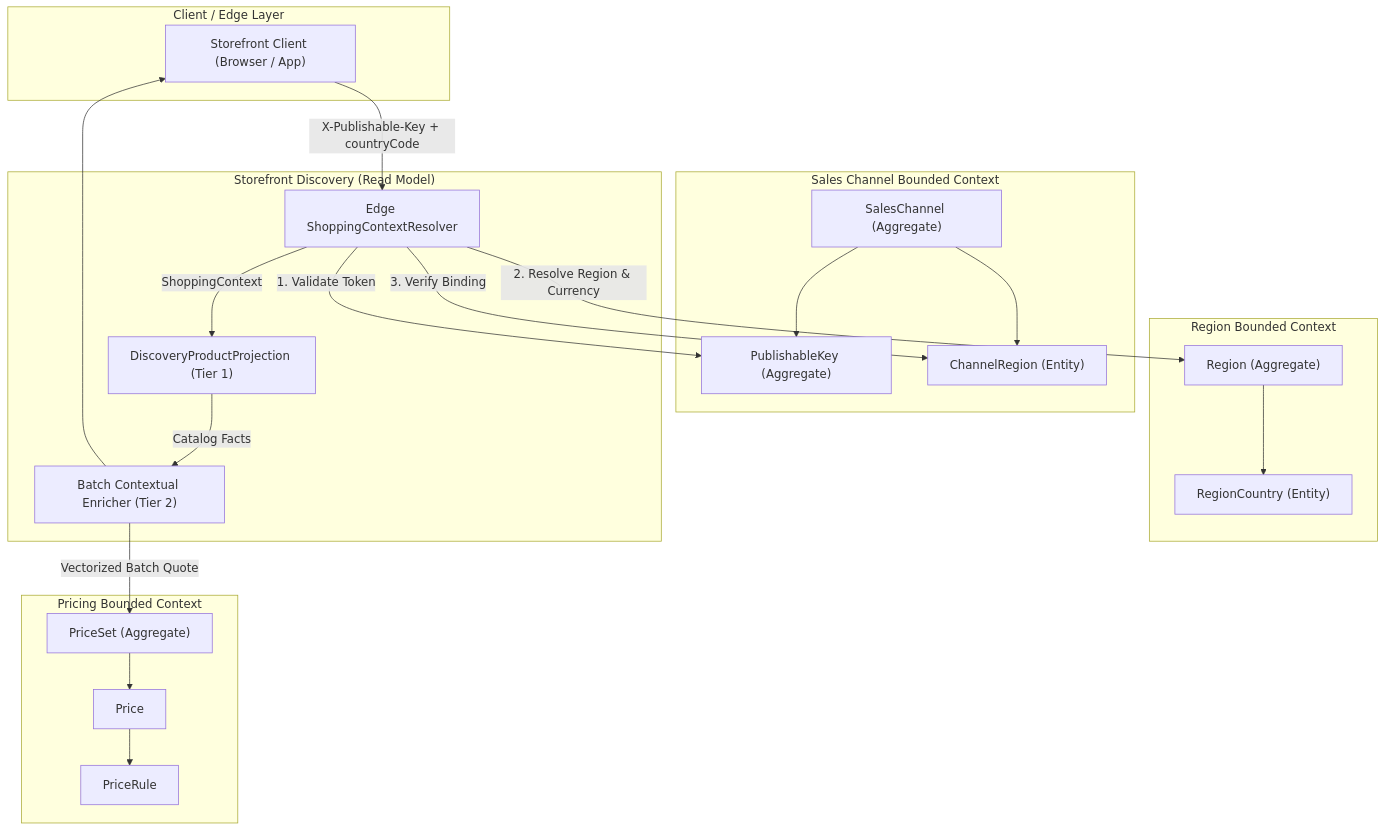
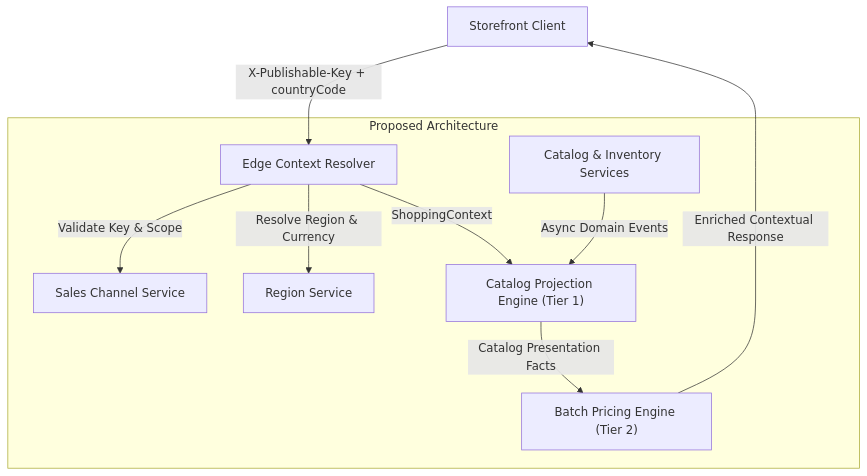
One commit to khinemyaezin/grab changed the second of 3 diagrams in docs/system-design/001-multi_regional_contextual_discovery_system_design.md. Above: the diagram before and after it, drawn with Mermaid. The commit also changed other lines of this file and 22 other files, not shown here.

Commit message:
feat: implement vectorized batch pricing engine for multi-regional support

````diff
--- a/docs/system-design/001-multi_regional_contextual_discovery_system_design.md
+++ b/docs/system-design/001-multi_regional_contextual_discovery_system_design.md
@@ -24,43 +49,14 @@
 ```mermaid
 flowchart TD
-    subgraph ClientLayer ["Client / Edge Layer"]
-        Client["Storefront Client (Browser / App)"]
+    Client["Storefront Client"] -->|"X-Publishable-Key + countryCode"| Resolver["Edge Context Resolver"]
+
+    subgraph Proposed ["Proposed Architecture"]
+        Resolver -->|"Validate Key & Scope"| ChannelService["Sales Channel Service"]
+        Resolver -->|"Resolve Region & Currency"| RegionService["Region Service"]
+        Resolver -->|"ShoppingContext"| CatalogProjection["Catalog Projection Engine (Tier 1)"]
+        UpstreamServices["Catalog & Inventory Services"] -->|"Async Domain Events"| CatalogProjection
+        CatalogProjection -->|"Catalog Presentation Facts"| PricingEngine["Batch Pricing Engine (Tier 2)"]
     end
 
-    subgraph SalesChannelBC ["Sales Channel Bounded Context"]
-        SC["SalesChannel (Aggregate)"]
-        PK["PublishableKey (Aggregate)"]
-        CR["ChannelRegion (Entity)"]
-        SC --> PK
-        SC --> CR
-    end
-
-    subgraph RegionBC ["Region Bounded Context"]
-        Region["Region (Aggregate)"]
-        Country["RegionCountry (Entity)"]
-        Region --> Country
-    end
-
-    subgraph PricingBC ["Pricing Bounded Context"]
-        PriceSet["PriceSet (Aggregate)"]
-        Price["Price"]
-        PriceRule["PriceRule"]
-        PriceSet --> Price
-        Price --> PriceRule
-    end
-
-    subgraph DiscoveryBC ["Storefront Discovery (Read Model)"]
-        Resolver["Edge ShoppingContextResolver"]
-        Projection["DiscoveryProductProjection (Tier 1)"]
-        Enricher["Batch Contextual Enricher (Tier 2)"]
-    end
-
-    Client -->|"X-Publishable-Key + countryCode"| Resolver
-    Resolver -->|"1. Validate Token"| PK
-    Resolver -->|"2. Resolve Region & Currency"| Region
-    Resolver -->|"3. Verify Binding"| CR
-    Resolver -->|"ShoppingContext"| Projection
-    Projection -->|"Catalog Facts"| Enricher
-    Enricher -->|"Vectorized Batch Quote"| PriceSet
-    Enricher --> Client
+    PricingEngine -->|"Enriched Contextual Response"| Client
 ```
````
